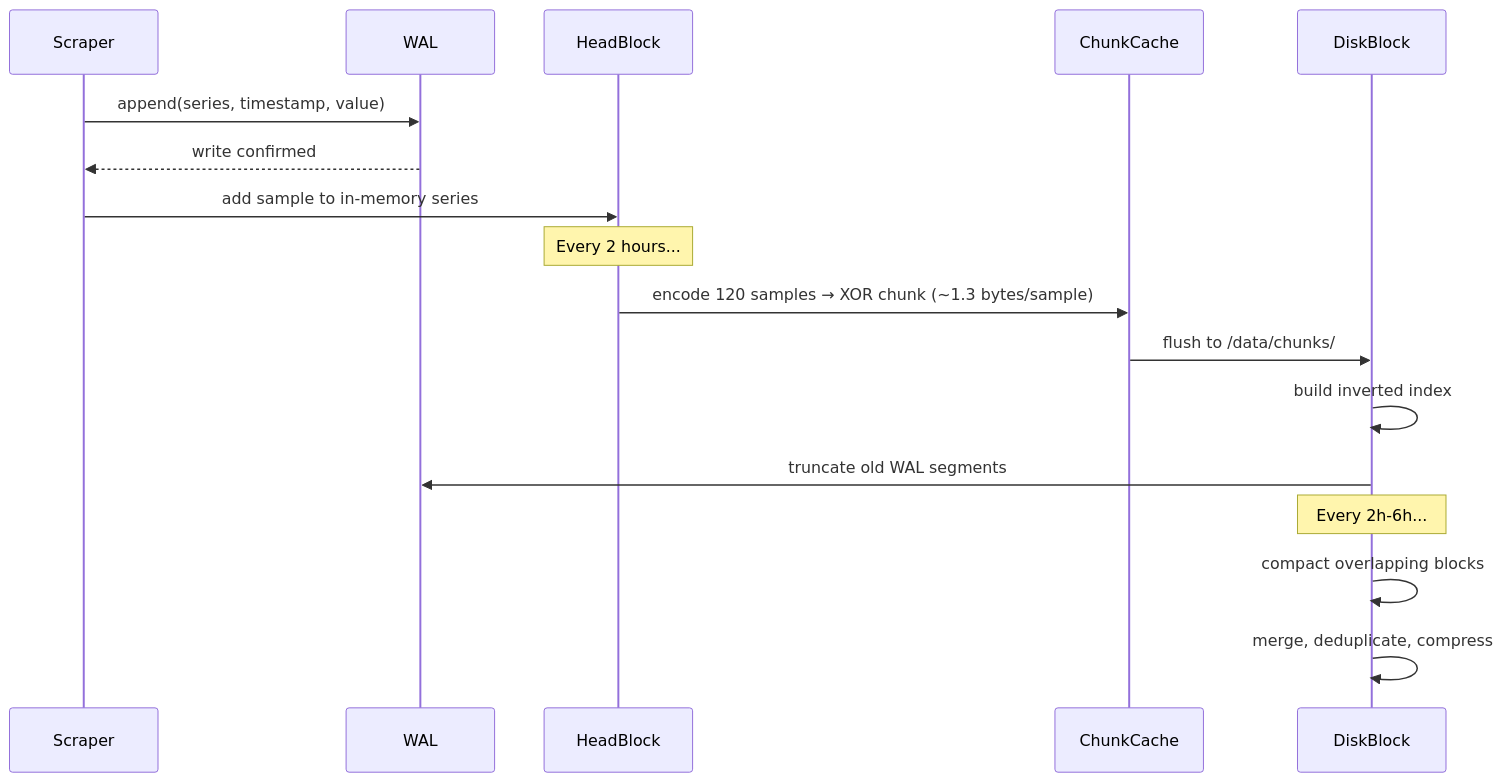
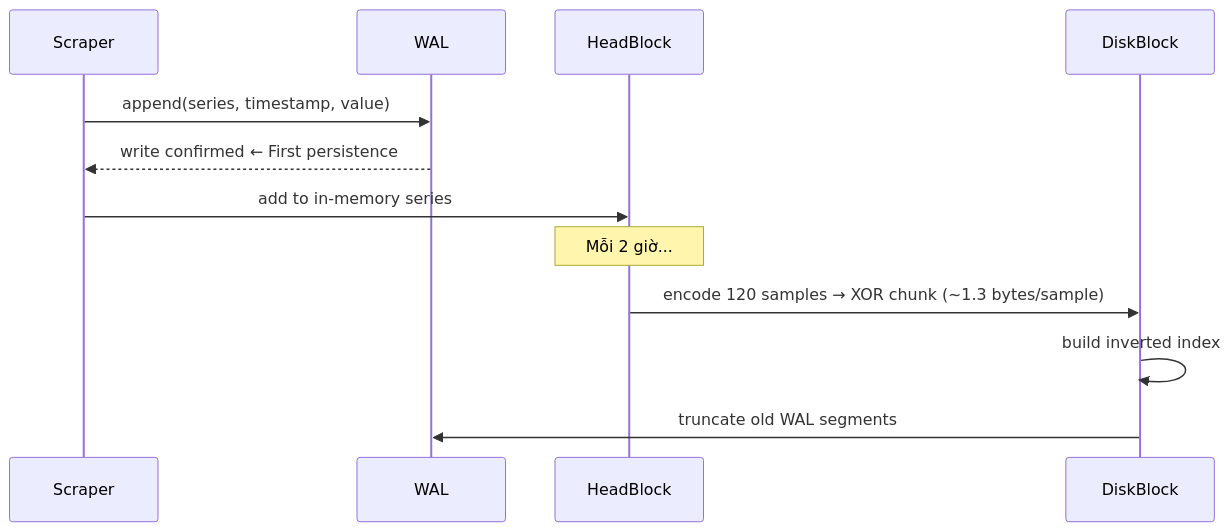
Before and after one commit to XUanhoa04/aiops-engineering-handbook: the second of 5 diagrams in docs/vi/03-prometheus/README.vi.md, drawn with Mermaid. The commit also changed other lines of this file and 3 other files, not shown here.

````diff
--- a/docs/vi/03-prometheus/README.vi.md
+++ b/docs/vi/03-prometheus/README.vi.md
@@ -185,22 +181,16 @@
 ```mermaid
 sequenceDiagram
     participant Scraper
     participant WAL
     participant HeadBlock
-    participant ChunkCache
     participant DiskBlock
 
     Scraper->>WAL: append(series, timestamp, value)
-    WAL-->>Scraper: write confirmed
-    Scraper->>HeadBlock: add sample to in-memory series
-
-    Note over HeadBlock: Every 2 hours...
-    HeadBlock->>ChunkCache: encode 120 samples → XOR chunk (~1.3 bytes/sample)
-    ChunkCache->>DiskBlock: flush to /data/chunks/
+    WAL-->>Scraper: write confirmed  ← First persistence
+    Scraper->>HeadBlock: add to in-memory series
+    
+    Note over HeadBlock: Mỗi 2 giờ...
+    HeadBlock->>DiskBlock: encode 120 samples → XOR chunk (~1.3 bytes/sample)
     DiskBlock->>DiskBlock: build inverted index
     DiskBlock->>WAL: truncate old WAL segments
-
-    Note over DiskBlock: Every 2h-6h...
-    DiskBlock->>DiskBlock: compact overlapping blocks
-    DiskBlock->>DiskBlock: merge, deduplicate, compress
 ```
````
